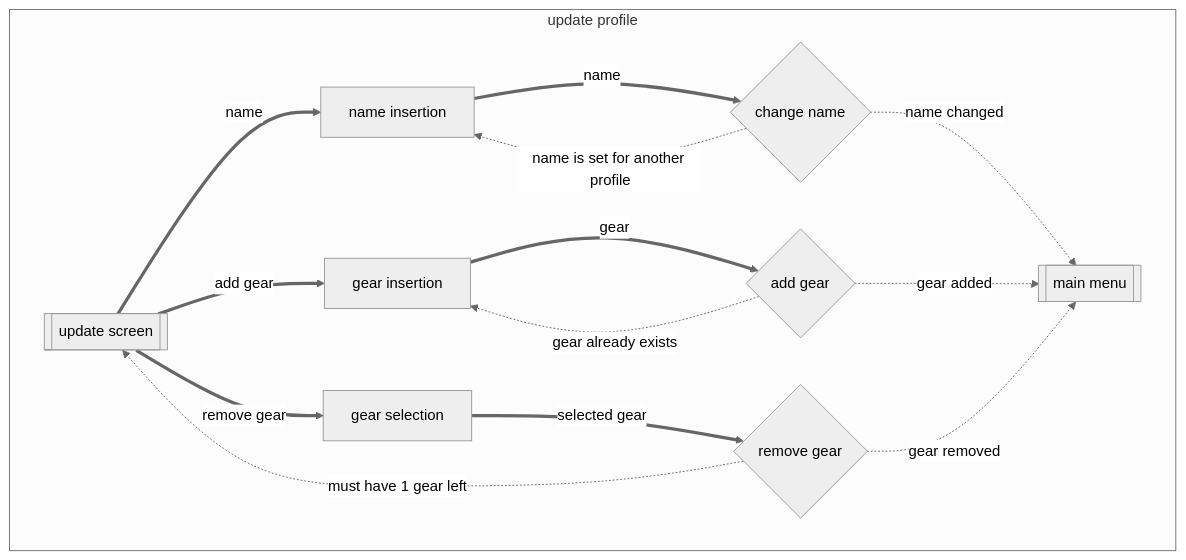
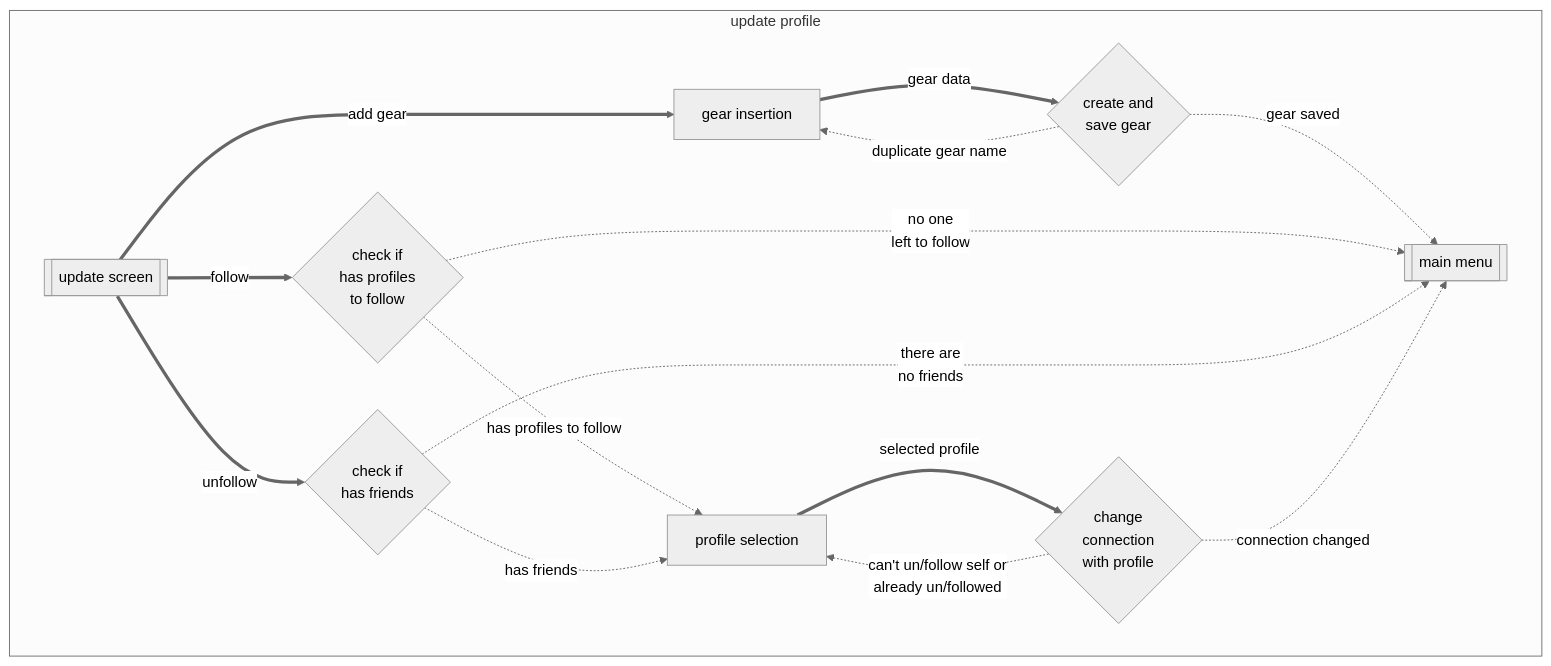
Before and after one commit to NarekVeranyan05/franklin-runs: the third of 8 diagrams in README.md, drawn with Mermaid (neutral theme). The commit also changed other lines of this file, not shown here.

First line of the commit message:
Revise README with new features and diagrams

````diff
--- a/README.md
+++ b/README.md
@@ -85,49 +114,48 @@
 ```mermaid
-flowchart
+flowchart 
     subgraph update profile
         updateScreen[[update screen]]
         
-        updateScreen == name ==> nameInsertion
-        
         updateScreen == add gear ==> gearInsertion
         
-        updateScreen == remove gear ==> gearSelection
+        updateScreen == follow ==> checkIfCanFollow
         
-        %% change name
-        nameInsertion[name insertion]
-        
-        nameInsertion == name ==> changeName
-        
-        changeName{change name}
-        
-        changeName -. name is set for another profile .-> nameInsertion
-        
-        changeName -. name changed .-> mainMenu
+        updateScreen == unfollow ==> checkIfHasFriends
         
         %% add gear
         
         gearInsertion[gear insertion]
         
-        gearInsertion == gear ==> addGear
+        gearInsertion == gear data ==> addGear
 
-        addGear{add gear}
+        addGear{create and \n save gear}
         
-        addGear -. gear already exists .-> gearInsertion
+        addGear -. duplicate gear name .-> gearInsertion
         
-        addGear -. gear added .-> mainMenu
+        addGear -. gear saved .-> mainMenu
         
-        %% remove gear
+        %% follow
         
-        gearSelection[gear selection]
+        checkIfCanFollow{check if \n has profiles \n to follow}
         
-        gearSelection == selected gear ==> removeGear
+        checkIfCanFollow -. no one \n left to follow .-> mainMenu
         
-        removeGear{remove gear}
+        checkIfCanFollow -. has profiles to follow .-> profileSelection
         
-        removeGear -. must have 1 gear left .-> updateScreen
+        profileSelection[profile selection]
         
-        removeGear -. gear removed .-> mainMenu
+        %% unfollow
+
+        checkIfHasFriends{check if \n has friends}
         
-        mainMenu[[main menu]]
+        checkIfHasFriends -. there are \n no friends .-> mainMenu
+        
+        checkIfHasFriends -. has friends .-> profileSelection
+        
+        profileSelection == selected profile ==> changeConnection{change \n connection \n with profile}
+        
+        changeConnection -. can't un/follow self or \n already un/followed .-> profileSelection 
+        
+        changeConnection -. connection changed .-> mainMenu[[main menu]]
     end
 ```
````
